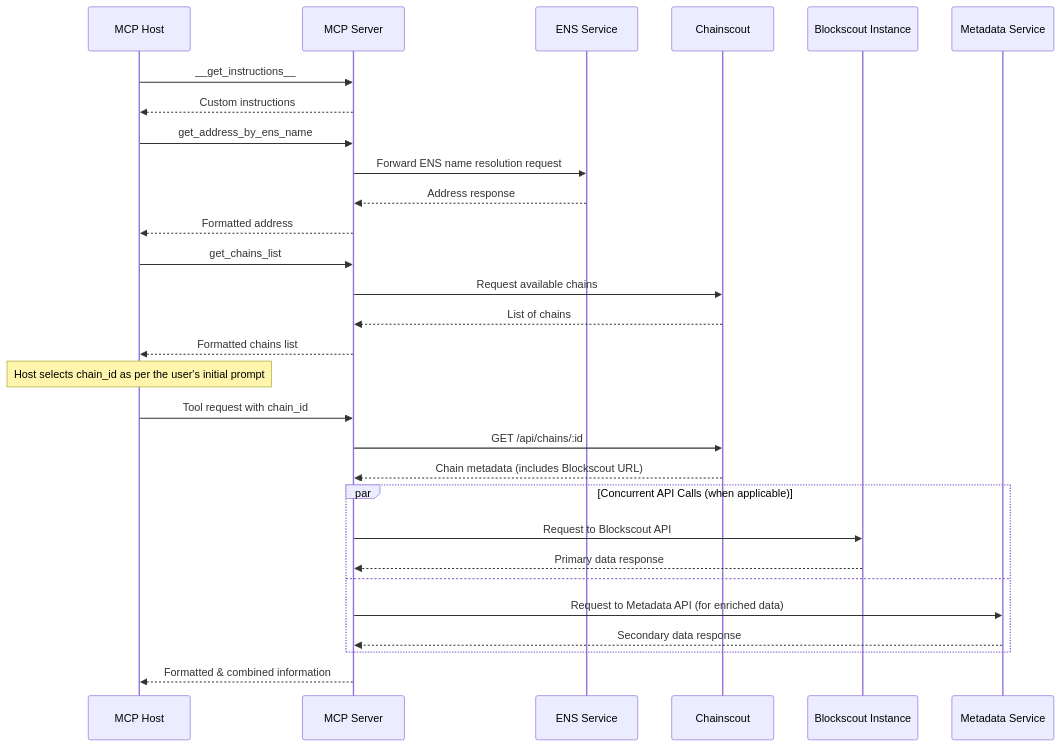
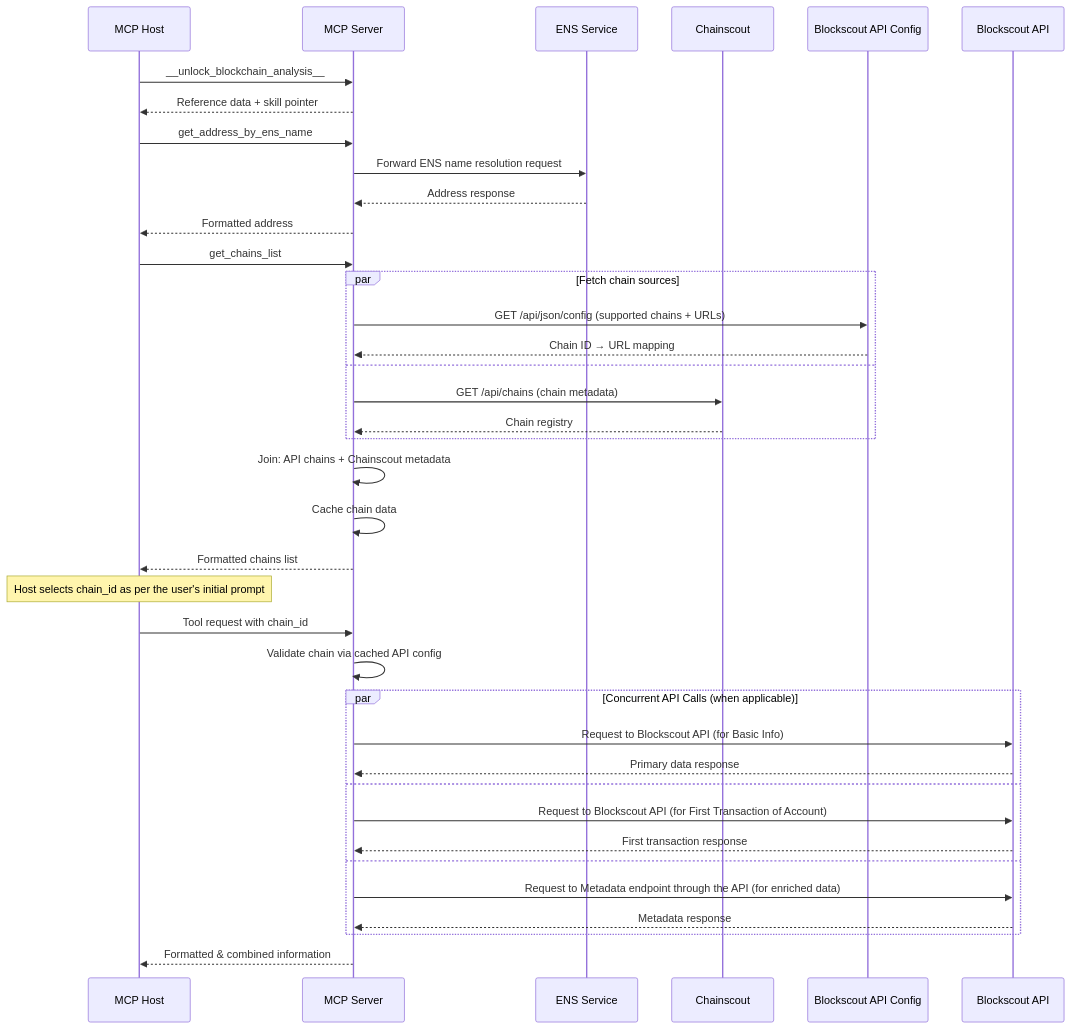
One commit to blockscout/docs changed the first of 2 diagrams in devs/mcp-server.mdx. Above: the diagram before and after it, drawn with Mermaid. The commit also changed other lines of this file, not shown here.

First line of the commit message:
Update MCP Server

````diff
--- a/devs/mcp-server.mdx
+++ b/devs/mcp-server.mdx
@@ -36,36 +285,45 @@
 ```mermaid
 sequenceDiagram
     participant AI as MCP Host
     participant MCP as MCP Server
     participant BENS as ENS Service
     participant CS as Chainscout
-    participant BS as Blockscout Instance
-    participant Metadata as Metadata Service
+    participant Config as Blockscout API Config
+    participant BS as Blockscout API
 
-    AI->>MCP: __get_instructions__
-    MCP-->>AI: Custom instructions
+    AI->>MCP: __unlock_blockchain_analysis__
+    MCP-->>AI: Reference data + skill pointer
 
     AI->>MCP: get_address_by_ens_name
     MCP->>BENS: Forward ENS name resolution request
     BENS-->>MCP: Address response
     MCP-->>AI: Formatted address
 
     AI->>MCP: get_chains_list
-    MCP->>CS: Request available chains
-    CS-->>MCP: List of chains
+    par Fetch chain sources
+        MCP->>Config: GET /api/json/config (supported chains + URLs)
+        Config-->>MCP: Chain ID → URL mapping
+    and
+        MCP->>CS: GET /api/chains (chain metadata)
+        CS-->>MCP: Chain registry
+    end
+    MCP->>MCP: Join: API chains + Chainscout metadata
+    MCP->>MCP: Cache chain data
     MCP-->>AI: Formatted chains list
 
     Note over AI: Host selects chain_id as per the user's initial prompt
 
     AI->>MCP: Tool request with chain_id
-    MCP->>CS: GET /api/chains/:id
-    CS-->>MCP: Chain metadata (includes Blockscout URL)
+    MCP->>MCP: Validate chain via cached API config
     par Concurrent API Calls (when applicable)
-        MCP->>BS: Request to Blockscout API
+        MCP->>BS: Request to Blockscout API (for Basic Info)
         BS-->>MCP: Primary data response
     and
-        MCP->>Metadata: Request to Metadata API (for enriched data)
-        Metadata-->>MCP: Secondary data response
+        MCP->>BS: Request to Blockscout API (for First Transaction of Account)
+        BS-->>MCP: First transaction response
+    and
+        MCP->>BS: Request to Metadata endpoint through the API (for enriched data)
+        BS-->>MCP: Metadata response
     end
     MCP-->>AI: Formatted & combined information
 ```
````
